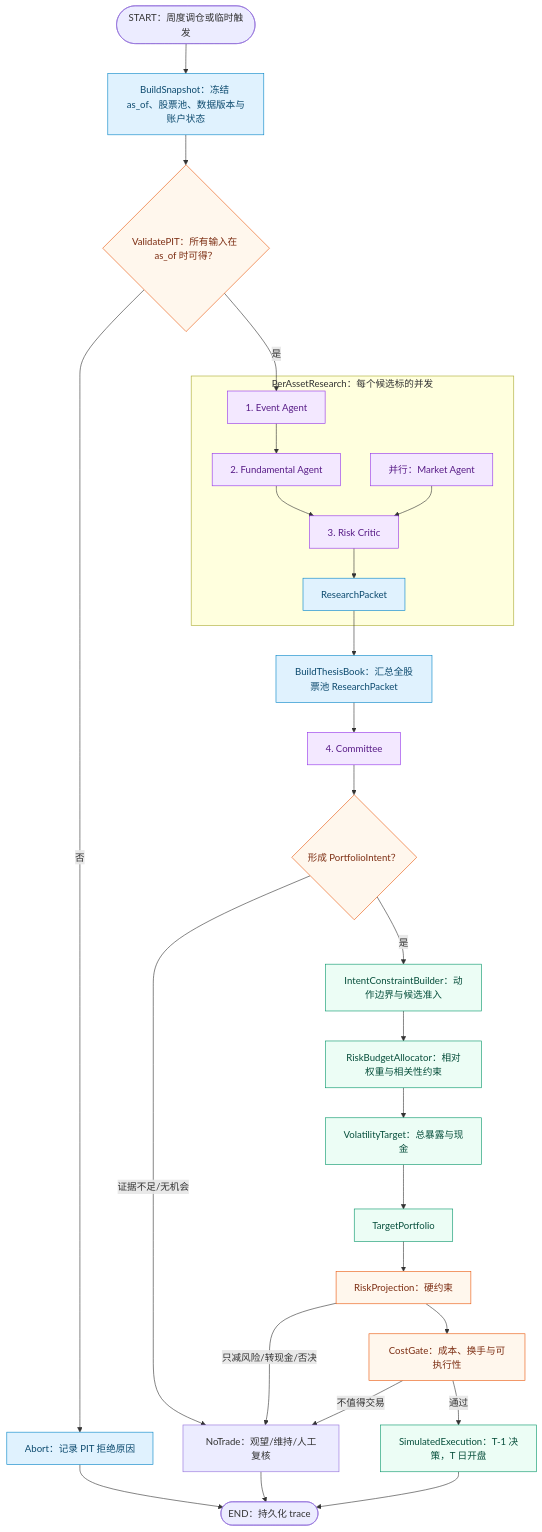
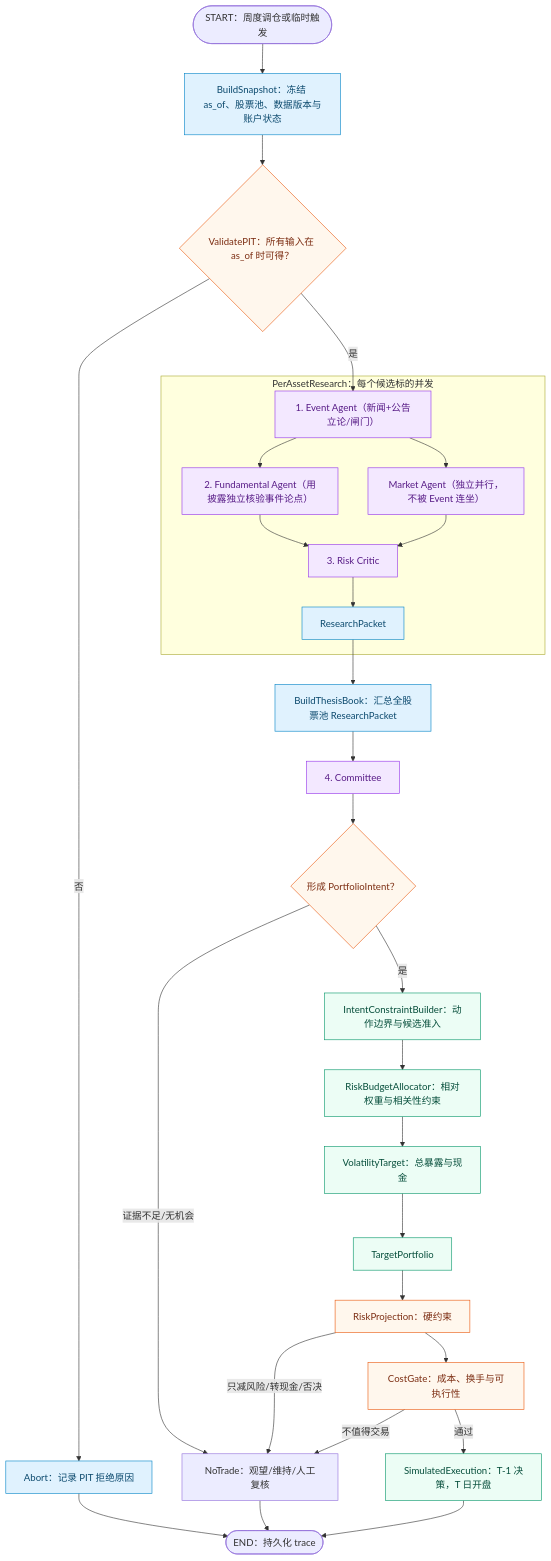
One commit to hhhx0613/Trader changed the second of 3 diagrams in docs/Plan.md. Above: the diagram before and after it, drawn with Mermaid. The commit also changed other lines of this file and 39 other files, not shown here.

````diff
--- a/docs/Plan.md
+++ b/docs/Plan.md
@@ -76,50 +86,51 @@
 ```mermaid
 graph TD
     S([START：周度调仓或临时触发])
     B["BuildSnapshot：冻结 as_of、股票池、数据版本与账户状态"]
     P{"ValidatePIT：所有输入在 as_of 时可得？"}
     A["Abort：记录 PIT 拒绝原因"]
 
     subgraph R["PerAssetResearch：每个候选标的并发"]
-        E["1. Event Agent"]
-        F["2. Fundamental Agent"]
-        M["并行：Market Agent"]
+        E["1. Event Agent（新闻+公告立论/闸门）"]
+        F["2. Fundamental Agent（用披露独立核验事件论点）"]
+        M["Market Agent（独立并行，不被 Event 连坐）"]
         C["3. Risk Critic"]
         RP["ResearchPacket"]
-        E --> F --> C --> RP
-        M --> C
+        E --> F --> C
+        E --> M --> C
+        C --> RP
     end
 
     T["BuildThesisBook：汇总全股票池 ResearchPacket"]
     K["4. Committee"]
     Q{"形成 PortfolioIntent？"}
     N["NoTrade：观望/维持/人工复核"]
 
     IC["IntentConstraintBuilder：动作边界与候选准入"]
     RA["RiskBudgetAllocator：相对权重与相关性约束"]
     VT["VolatilityTarget：总暴露与现金"]
     TP["TargetPortfolio"]
     RSK["RiskProjection：硬约束"]
     CG["CostGate：成本、换手与可执行性"]
     EX["SimulatedExecution：T-1 决策，T 日开盘"]
     END([END：持久化 trace])
 
     S --> B --> P
     P -->|否| A --> END
     P -->|是| E
     RP --> T --> K --> Q
     Q -->|证据不足/无机会| N --> END
     Q -->|是| IC --> RA --> VT --> TP --> RSK --> CG
     RSK -->|只减风险/转现金/否决| N
     CG -->|不值得交易| N
     CG -->|通过| EX --> END
 
     classDef program fill:#E0F2FE,stroke:#0284C7,color:#0C4A6E
     classDef agent fill:#F3E8FF,stroke:#9333EA,color:#581C87
     classDef gate fill:#FFF7ED,stroke:#EA580C,color:#7C2D12
     classDef execution fill:#ECFDF5,stroke:#059669,color:#064E3B
     class B,A,T,RP program
     class E,F,M,C,K agent
     class P,Q,RSK,CG gate
     class IC,RA,VT,TP,EX execution
 ```
````
